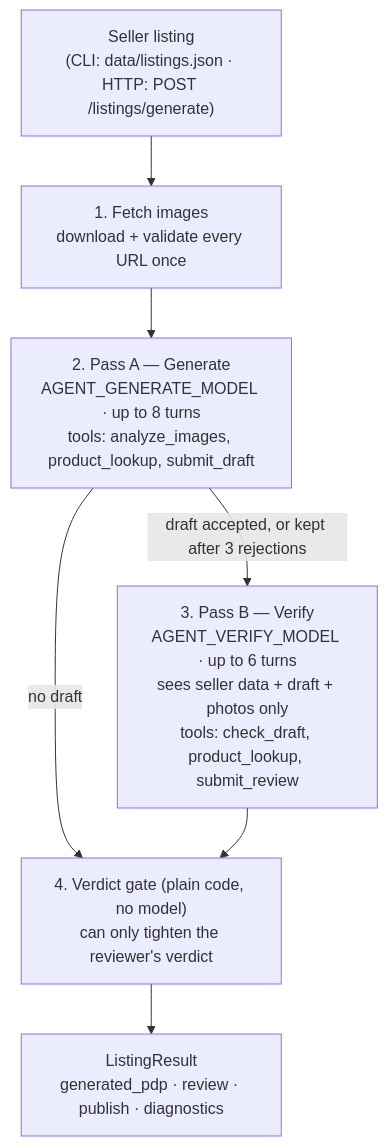
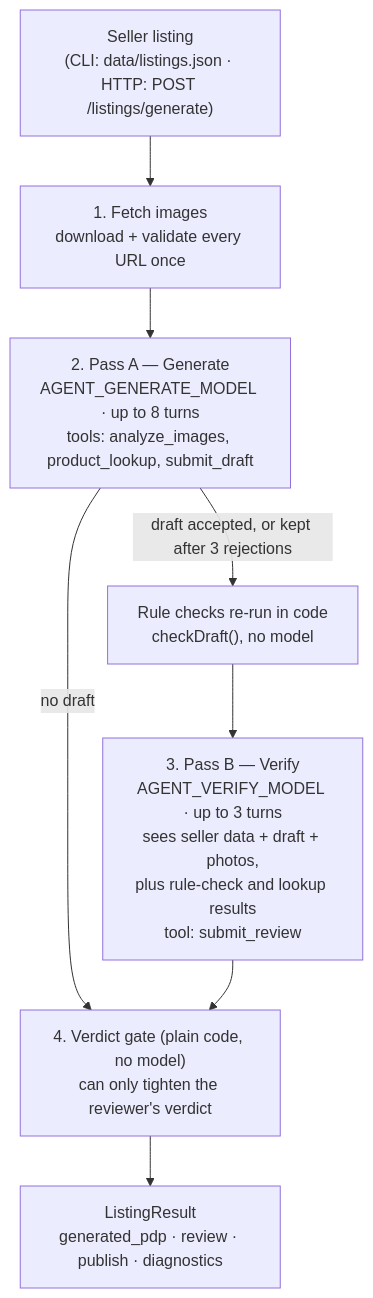
The diagram in README.md (Alexoswin/ListingAgent), drawn with Mermaid before and after one commit. The commit also changed other lines of this file and 18 other files, not shown here.

````diff
--- a/README.md
+++ b/README.md
@@ -160,12 +160,13 @@
 ```mermaid
 flowchart TD
     IN["Seller listing<br/>(CLI: data/listings.json · HTTP: POST /listings/generate)"] --> FETCH
     FETCH["1. Fetch images<br/>download + validate every URL once"] --> A
     A["2. Pass A — Generate<br/>AGENT_GENERATE_MODEL · up to 8 turns<br/>tools: analyze_images, product_lookup, submit_draft"]
-    A -->|draft accepted, or kept after 3 rejections| B
+    A -->|draft accepted, or kept after 3 rejections| CHECK
     A -->|no draft| GATE
-    B["3. Pass B — Verify<br/>AGENT_VERIFY_MODEL · up to 6 turns<br/>sees seller data + draft + photos only<br/>tools: check_draft, product_lookup, submit_review"]
+    CHECK["Rule checks re-run in code<br/>checkDraft(), no model"] --> B
+    B["3. Pass B — Verify<br/>AGENT_VERIFY_MODEL · up to 3 turns<br/>sees seller data + draft + photos,<br/>plus rule-check and lookup results<br/>tool: submit_review"]
     B --> GATE
     GATE["4. Verdict gate (plain code, no model)<br/>can only tighten the reviewer's verdict"]
     GATE --> OUT["ListingResult<br/>generated_pdp · review · publish · diagnostics"]
 ```
````
